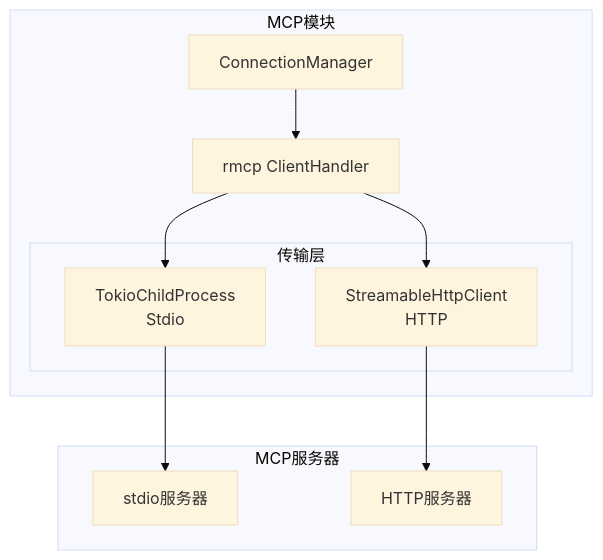
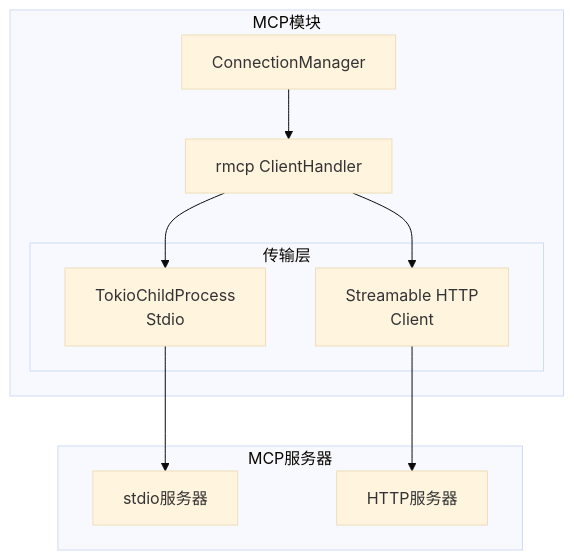
The first of 2 diagrams in progress/TECH-MCP.md (MiyakoMeow/neoco), drawn with Mermaid (base theme) before and after one commit. The commit also changed other lines of this file and 4 other files, not shown here.

````diff
--- a/progress/TECH-MCP.md
+++ b/progress/TECH-MCP.md
@@ -18,24 +18,24 @@
 ```mermaid
 graph TB
     subgraph "MCP模块"
         CM[ConnectionManager]
         RM[rmcp ClientHandler]
         
-        subgraph "传输层"
-            ST[TokioChildProcess<br/>Stdio]
-            HT[StreamableHttpClient<br/>HTTP]
-        end
+    subgraph "传输层"
+        ST[TokioChildProcess<br/>Stdio]
+        HT[Streamable HTTP<br/>Client]
+    end
     end
     
     subgraph "MCP服务器"
         MS1[stdio服务器]
         MS2[HTTP服务器]
     end
     
     CM --> RM
     RM --> ST
     RM --> HT
     
     ST --> MS1
     HT --> MS2
 ```
````
